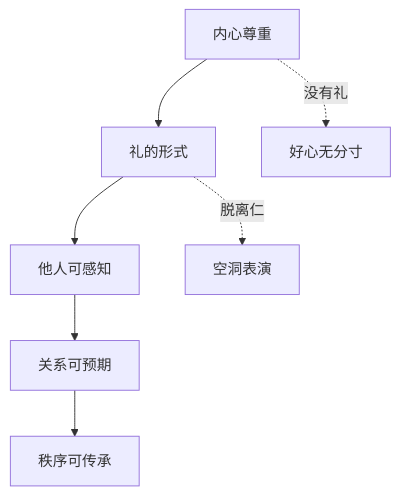
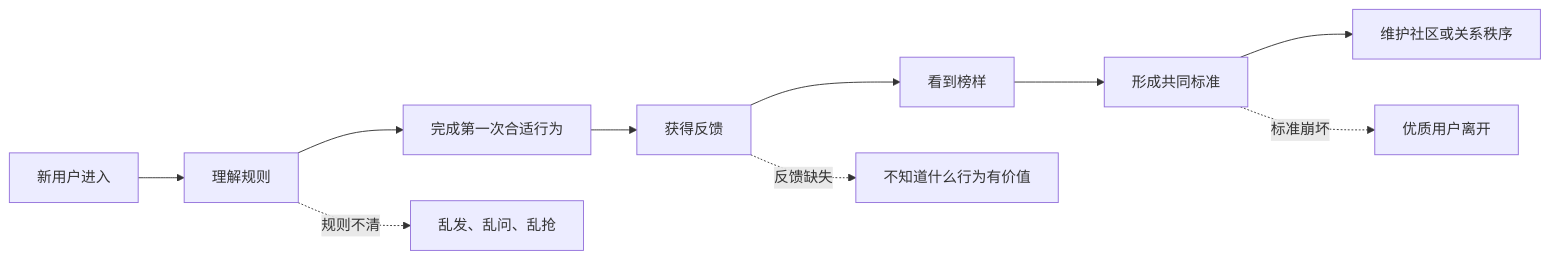
One commit to digoal/blog changed the second of 2 diagrams in 202605/20260518_19.md. Above: the diagram before and after it, drawn with Mermaid. The commit also changed other lines of this file and 26 other files, not shown here.

````diff
--- a/202605/20260518_19.md
+++ b/202605/20260518_19.md
@@ -22,9 +216,13 @@
 ```mermaid
-flowchart TD
-  A["内心尊重"] --> B["礼的形式"]
-  B --> C["他人可感知"]
-  C --> D["关系可预期"]
-  D --> E["秩序可传承"]
-  B -. "脱离仁" .-> F["空洞表演"]
-  A -. "没有礼" .-> G["好心无分寸"]
+flowchart LR
+  A["新用户进入"] --> B["理解规则"]
+  B --> C["完成第一次合适行为"]
+  C --> D["获得反馈"]
+  D --> E["看到榜样"]
+  E --> F["形成共同标准"]
+  F --> G["维护社区或关系秩序"]
+
+  B -. "规则不清" .-> H["乱发、乱问、乱抢"]
+  D -. "反馈缺失" .-> I["不知道什么行为有价值"]
+  F -. "标准崩坏" .-> J["优质用户离开"]
 ```
````
